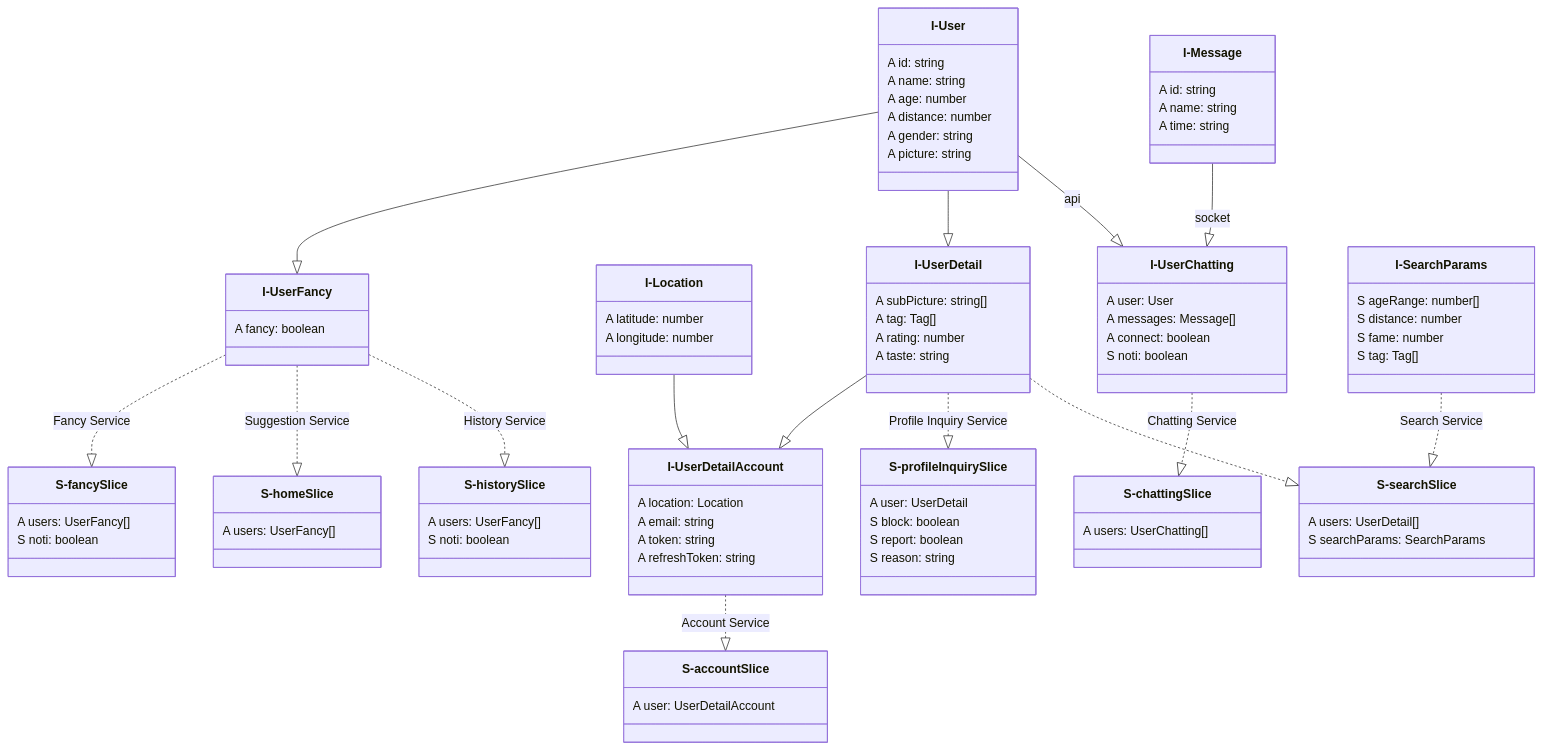
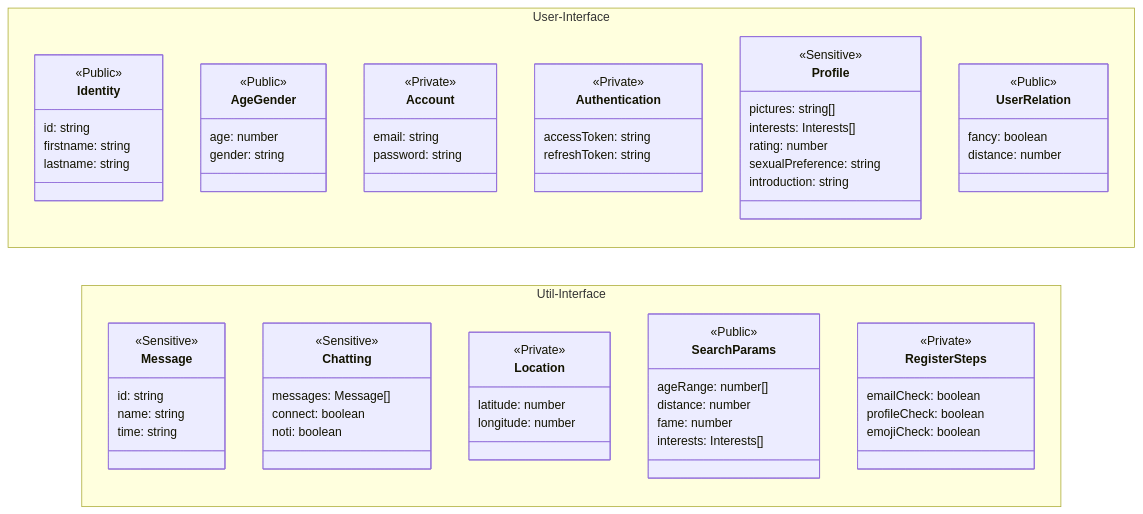
Before and after one commit to 42Seoul-Tea42/frontend: the first of 2 diagrams in app/redux/README.md, drawn with Mermaid. The commit also changed other lines of this file, not shown here.

Commit message:
docs 인터페이스, 서비스로 계층화 구현
- 인터페이스별 보안등급 지정
- 인터페이스 집합 계층 지정

````diff
--- a/app/redux/README.md
+++ b/app/redux/README.md
@@ -36,110 +45,86 @@
 ```mermaid
-
 classDiagram
 
-I-User --|> I-UserFancy
+direction LR
 
-I-Location --|> I-UserDetailAccount
-I-User --|> I-UserDetail
-I-User --|> I-UserChatting : api
-I-Message --|> I-UserChatting : socket
-I-UserDetail --|> I-UserDetailAccount
+namespace User-Interface {
+    class Identity {
+        <<Public>>
+        id: string
+        firstname: string
+        lastname: string
+    }
 
-I-UserFancy ..|> S-fancySlice : Fancy Service
-I-UserFancy ..|> S-homeSlice : Suggestion Service
-I-UserFancy ..|> S-historySlice : History Service
-I-UserChatting ..|> S-chattingSlice: Chatting Service
-I-UserDetailAccount ..|> S-accountSlice : Account Service
+    class AgeGender {
+        <<Public>>
+        age: number
+        gender: string
+    }
 
-I-UserDetail ..|> S-profileInquirySlice : Profile Inquiry Service
-I-SearchParams ..|> S-searchSlice : Search Service
-I-UserDetail ..|> S-searchSlice
+    class Account {
+        <<Private>>
+        email: string
+        password: string
+    }
+
+    class Authentication {
+        <<Private>>
+        accessToken: string
+        refreshToken: string
+    }
+
+    class Profile {
+        <<Sensitive>>
+        pictures: string[]
+        interests: Interests[]
+        rating: number
+        sexualPreference: string
+        introduction: string
+    }
+
+    class UserRelation {
+        <<Public>>
+        fancy: boolean
+        distance: number
+    }
+}
+
+namespace Util-Interface {
+    class Message {
+        <<Sensitive>>
+        id: string
+        name: string
+        time: string
+    }
+
+    class Chatting {
+        <<Sensitive>>
+        messages: Message[]
+        connect: boolean
+        noti: boolean
+    }
+
+    class Location {
+        <<Private>>
+        latitude: number
+        longitude: number
+    }
+
+    class SearchParams {
+        <<Public>>
+        ageRange: number[]
+        distance: number
+        fame: number
+        interests: Interests[]
+    }
+
+    class RegisterSteps {
+        <<Private>>
+        emailCheck: boolean
+        profileCheck: boolean
+        emojiCheck: boolean
+    }
+}
 
 
-class I-User {
-   A id: string
-   A name: string
-   A age: number
-   A distance: number
-   A gender: string
-   A picture: string
-}
-
-class I-UserFancy {
-   A fancy: boolean
-}
-
-class I-Message {
-    A id: string
-    A name: string
-    A time: string
-}
-
-class I-UserChatting {
-    A user: User
-    A messages: Message[]
-    A connect: boolean
-    S noti: boolean
-}
-
-class I-UserDetail {
-   A subPicture: string[]
-   A tag: Tag[]
-   A rating: number
-   A taste: string
-}
-
-class I-Location {
-    A latitude: number
-    A longitude: number
-}
-
-class I-UserDetailAccount {
-    A location: Location
-    A email: string
-    A token: string
-    A refreshToken: string
-}
-
-class I-SearchParams {
-    S ageRange: number[]
-    S distance: number
-    S fame: number
-    S tag: Tag[]
-}
-
-class S-homeSlice {
-    A users: UserFancy[]
-}
-
-class S-fancySlice {
-    A users: UserFancy[]
-    S noti: boolean
-}
-
-class S-historySlice {
-    A users: UserFancy[]
-    S noti: boolean
-}
-
-class S-chattingSlice {
-    A users: UserChatting[]
-}
-
-class S-profileInquirySlice {
-    A user: UserDetail
-    S block: boolean
-    S report: boolean
-    S reason: string
-}
-
-class S-accountSlice {
-    A user: UserDetailAccount
-}
-
-class S-searchSlice {
-    A users: UserDetail[]
-    S searchParams: SearchParams
-}
-
 ```
````
